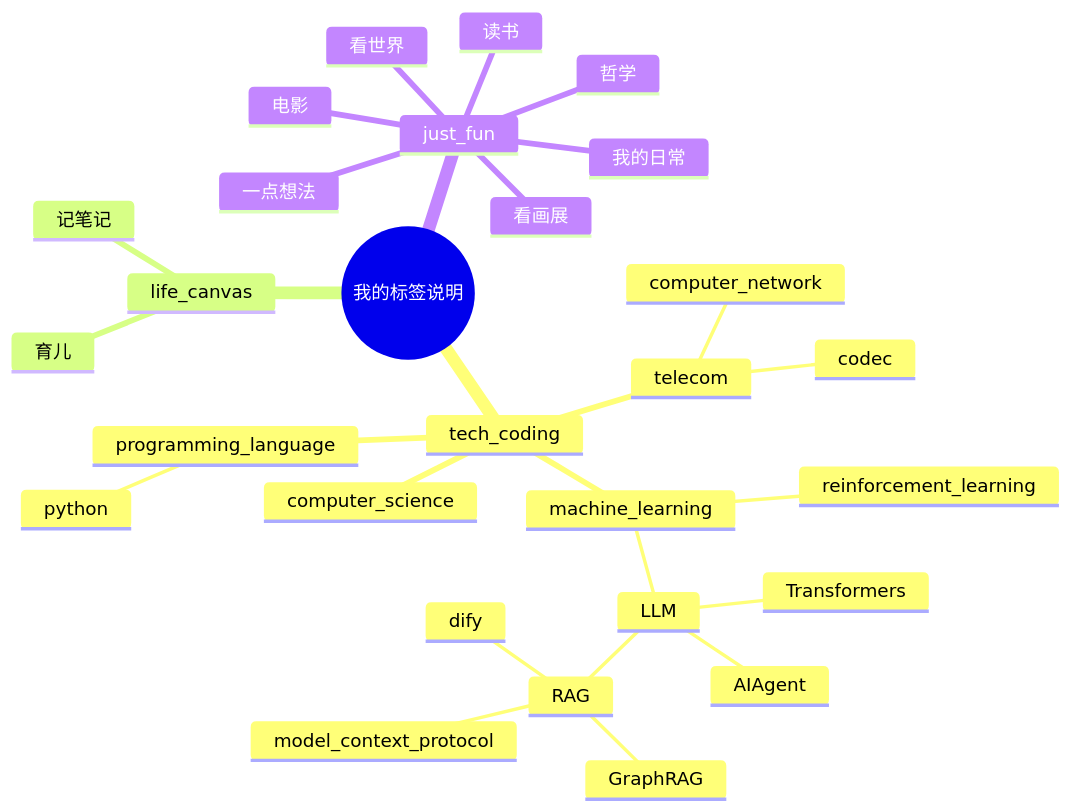
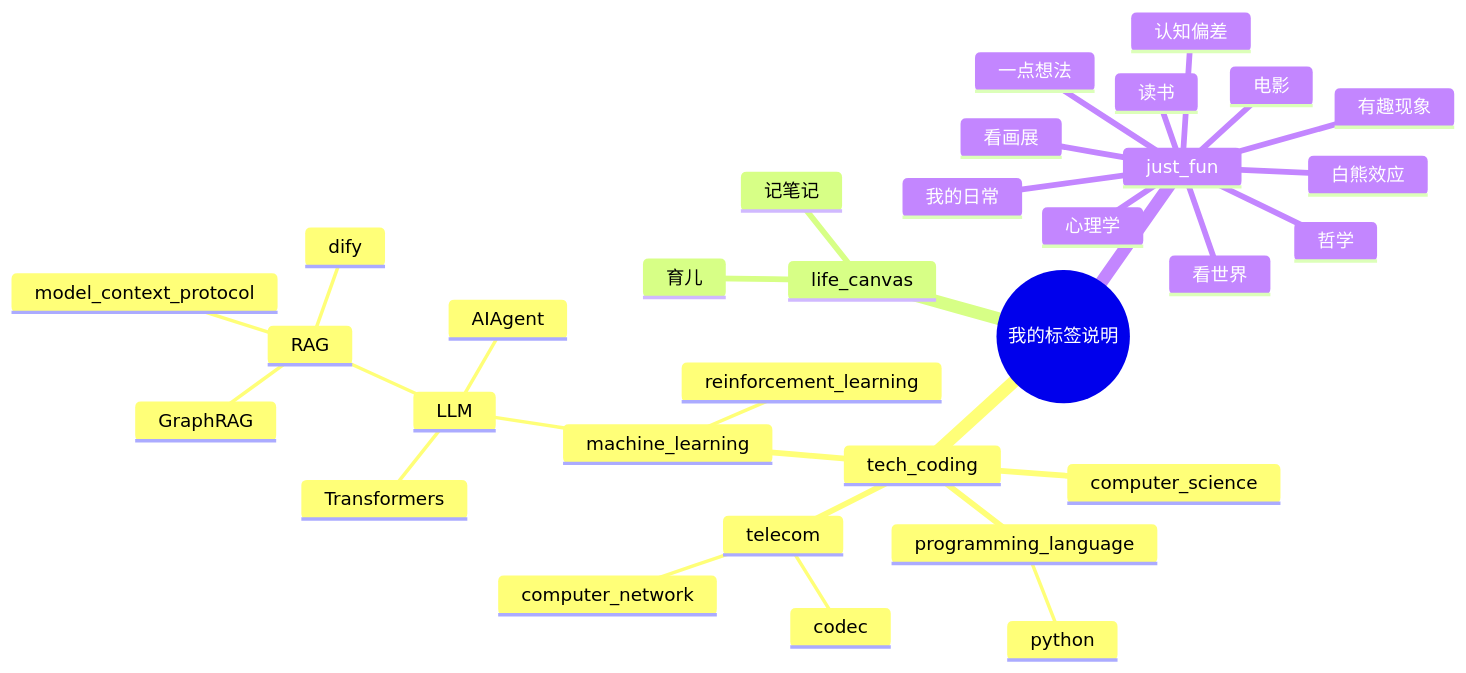
One commit to jovialchen/taomu changed the diagram in tags.md. Above: the diagram before and after it, drawn with Mermaid.

Commit message:
Update tags.md: 添加心理学、认知偏差、有趣现象、白熊效应标签

```diff
--- a/tags.md
+++ b/tags.md
@@ -16,31 +16,35 @@
 <pre class="mermaid">
 mindmap
   root((我的标签说明))
     tech_coding
       computer_science
       telecom
         computer_network
         codec
       machine_learning
         LLM
           Transformers
           RAG
             GraphRAG
             model_context_protocol
             dify
           AIAgent
         reinforcement_learning
       programming_language
         python
     life_canvas
       记笔记
       育儿
     just_fun
       读书
       电影
       哲学
       看世界
       我的日常
       一点想法
       看画展
+      心理学
+      认知偏差
+      有趣现象
+      白熊效应
 </pre>
```
